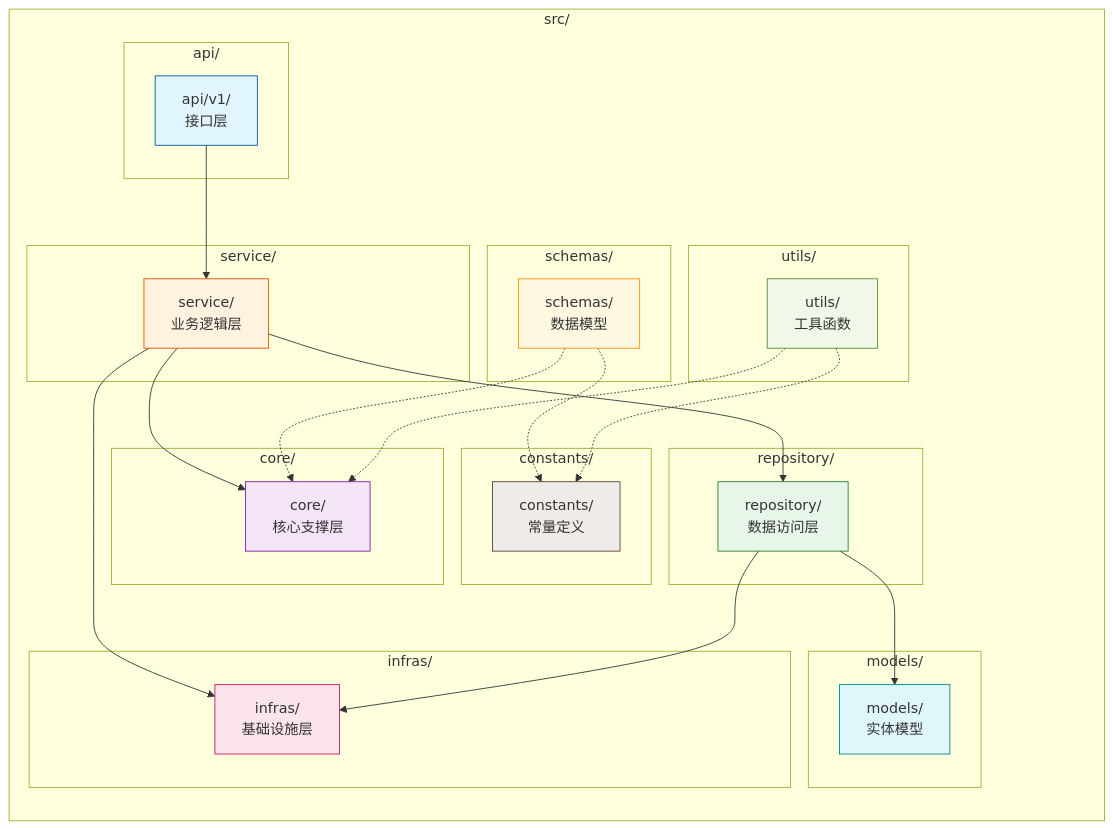
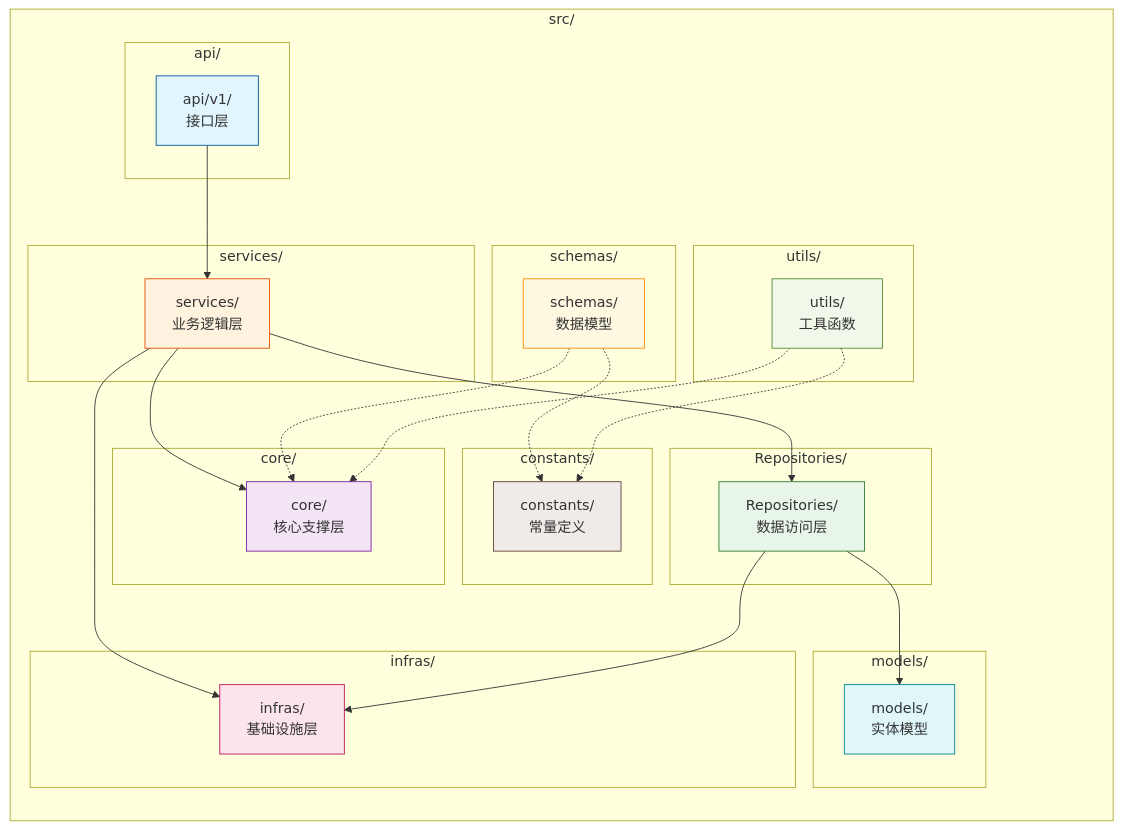
The third of 4 diagrams in README.md (chain-engine/x-rag), drawn with Mermaid before and after one commit. The commit also changed other lines of this file and 16 other files, not shown here.

Commit message:
feat: rename repository and service directories

````diff
--- a/README.md
+++ b/README.md
@@ -245,64 +248,64 @@
 ```mermaid
 graph LR
     subgraph "src/"
         subgraph "api/"
             API["api/v1/<br/>接口层"]
         end
         
-        subgraph "service/"
-            SVC["service/<br/>业务逻辑层"]
+        subgraph "services/"
+            SVC["services/<br/>业务逻辑层"]
         end
         
-        subgraph "repository/"
-            REPO["repository/<br/>数据访问层"]
+        subgraph "Repositories/"
+            REPO["Repositories/<br/>数据访问层"]
         end
         
         subgraph "infras/"
             INFRAS["infras/<br/>基础设施层"]
         end
         
         subgraph "core/"
             CORE["core/<br/>核心支撑层"]
         end
         
         subgraph "models/"
             MODELS["models/<br/>实体模型"]
         end
         
         subgraph "schemas/"
             SCHEMAS["schemas/<br/>数据模型"]
         end
         
         subgraph "constants/"
             CONST["constants/<br/>常量定义"]
         end
         
         subgraph "utils/"
             UTILS["utils/<br/>工具函数"]
         end
     end
 
     API --> SVC
     SVC --> REPO
     SVC --> INFRAS
     SVC --> CORE
     
     REPO --> INFRAS
     REPO --> MODELS
     
     SCHEMAS -.-> CORE
     SCHEMAS -.-> CONST
     
     UTILS -.-> CORE
     UTILS -.-> CONST
 
     style API fill:#e1f5fe,stroke:#01579b
     style SVC fill:#fff3e0,stroke:#e65100
     style REPO fill:#e8f5e9,stroke:#2e7d32
     style INFRAS fill:#fce4ec,stroke:#c2185b
     style CORE fill:#f3e5f5,stroke:#7b1fa2
     style MODELS fill:#e0f7fa,stroke:#00838f
     style SCHEMAS fill:#fff8e1,stroke:#ff8f00
     style CONST fill:#efebe9,stroke:#5d4037
     style UTILS fill:#f1f8e9,stroke:#558b2f
 ```
````
